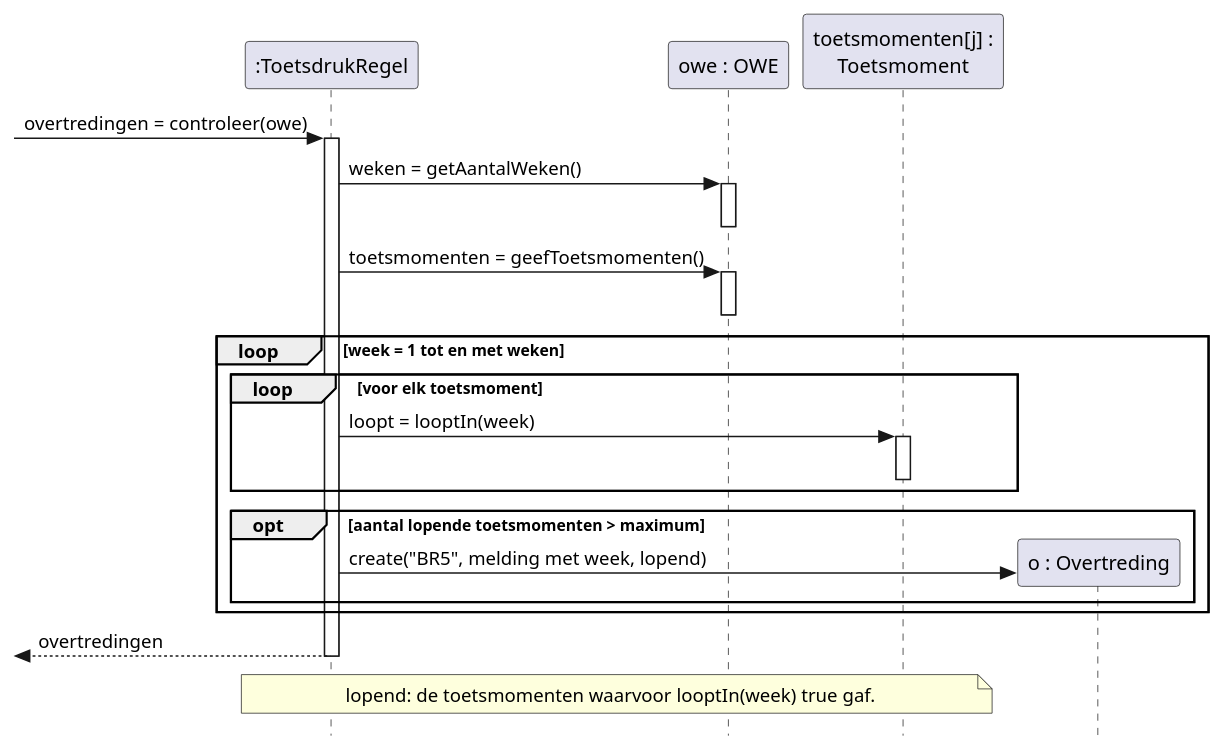
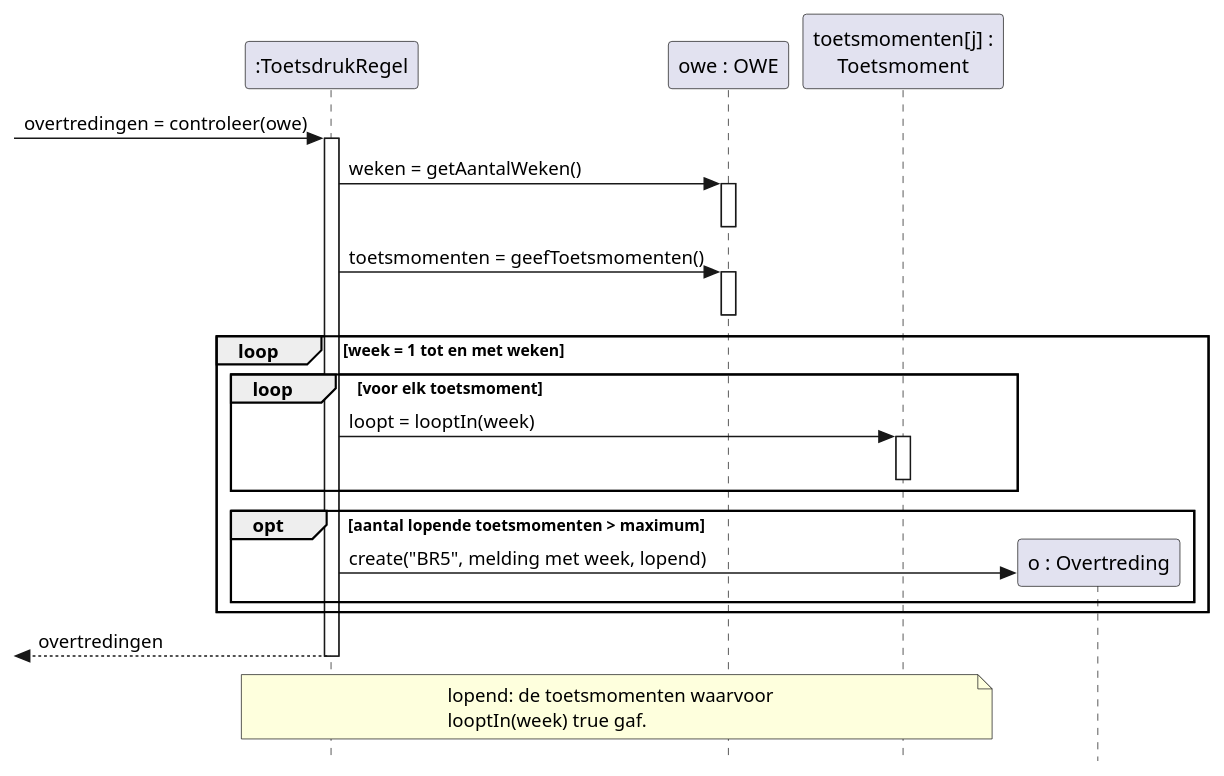
Before and after one commit to HAN-Craftsmanship-KL-JJG/casus: the diagram in docs/diagrams/sd-br5-toetsdruk.puml, drawn with PlantUML. The commit also changed 16 other files, not shown here.

First line of the commit message:
docs: wrap long messages in sequence diagrams

```diff
--- a/docs/diagrams/sd-br5-toetsdruk.puml
+++ b/docs/diagrams/sd-br5-toetsdruk.puml
@@ -1,38 +1,39 @@
 @startuml sd-br5-toetsdruk
 ' Sequence diagram van ToetsdrukRegel.controleer (BR5).
 ' Toelichting: docs/sequencediagrammen.md
 skinparam style strictuml
 skinparam shadowing false
 skinparam defaultFontName Helvetica
 hide footbox
 
 participant ":ToetsdrukRegel" as regel
 participant "owe : OWE" as owe
 participant "toetsmomenten[j] :\nToetsmoment" as toetsmoment
 participant "o : Overtreding" as overtreding
 
 [-> regel : overtredingen = controleer(owe)
 activate regel
 regel -> owe : weken = getAantalWeken()
 activate owe
 deactivate owe
 regel -> owe : toetsmomenten = geefToetsmomenten()
 activate owe
 deactivate owe
 loop week = 1 tot en met weken
   loop voor elk toetsmoment
     regel -> toetsmoment : loopt = looptIn(week)
     activate toetsmoment
     deactivate toetsmoment
   end
   opt aantal lopende toetsmomenten > maximum
     create overtreding
     regel -> overtreding : create("BR5", melding met week, lopend)
   end
 end
 [<-- regel : overtredingen
 deactivate regel
 note over regel, toetsmoment
-  lopend: de toetsmomenten waarvoor looptIn(week) true gaf.
+  lopend: de toetsmomenten waarvoor
+  looptIn(week) true gaf.
 end note
 @enduml
```
